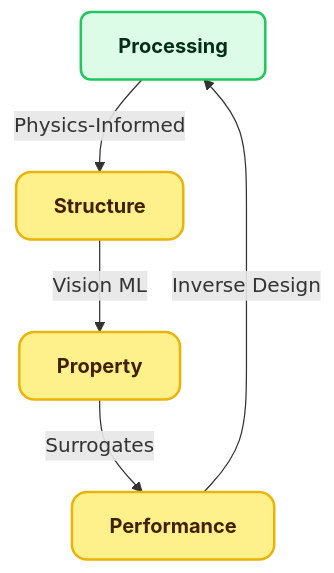
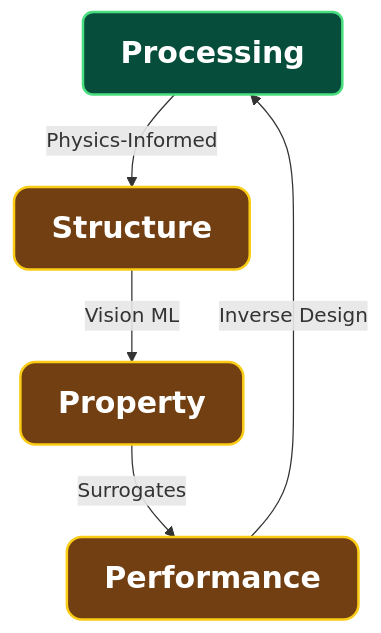
One commit to ECLIPSE-Lab/public_presentations changed the first of 2 diagrams in ml_for_characterization_and_processing/unit01_intro/01_intro.qmd. Above: the diagram before and after it, drawn with Mermaid. The commit also changed other lines of this file and 14 other files, not shown here.

````diff
--- a/ml_for_characterization_and_processing/unit01_intro/01_intro.qmd
+++ b/ml_for_characterization_and_processing/unit01_intro/01_intro.qmd
@@ -400,14 +417,14 @@
 ```{mermaid}
 %%| echo: false
 %%| fig-align: center
 flowchart TD
     %% Styling
-    classDef default fill:#f8fafc,stroke:#cbd5e1,stroke-width:2px,color:#334155,rx:8px,ry:8px,font-family:Inter;
-    classDef primary fill:#fef08a,stroke:#eab308,stroke-width:2px,color:#422006,rx:12px,ry:12px,font-weight:bold,font-family:Inter;
-    classDef secondary fill:#dcfce7,stroke:#22c55e,stroke-width:2px,color:#052e16,rx:8px,ry:8px,font-family:Inter,font-weight:bold;
+    classDef default fill:#1e293b,stroke:#94a3b8,stroke-width:2px,color:#ffffff,rx:8px,ry:8px;
+    classDef primary fill:#713f12,stroke:#facc15,stroke-width:2px,color:#ffffff,rx:12px,ry:12px,font-weight:bold;
+    classDef secondary fill:#064e3b,stroke:#4ade80,stroke-width:2px,color:#ffffff,rx:8px,ry:8px,font-weight:bold;
 
-    P["Processing"]:::secondary -->|"Physics-Informed"| S["Structure"]:::primary
-    S -->|"Vision ML"| Pr["Property"]:::primary
-    Pr -->|"Surrogates"| Pe["Performance"]:::primary
-    Pe -->|"Inverse Design"| P
+    P["<span style='font-size:24px;'>Processing</span>"]:::secondary -->|<span style='font-size:16px;'>Physics-Informed</span>| S["<span style='font-size:24px;'>Structure</span>"]:::primary
+    S -->|<span style='font-size:16px;'>Vision ML</span>| Pr["<span style='font-size:24px;'>Property</span>"]:::primary
+    Pr -->|<span style='font-size:16px;'>Surrogates</span>| Pe["<span style='font-size:24px;'>Performance</span>"]:::primary
+    Pe -->|<span style='font-size:16px;'>Inverse Design</span>| P
 ```
````
